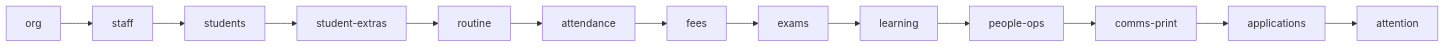
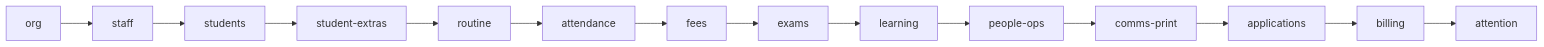
One commit to tareq89/biddaloy changed the second of 7 diagrams in docs/architecture/22-demo-seed.md. Above: the diagram before and after it, drawn with Mermaid. The commit also changed other lines of this file and 2 other files, not shown here.

Commit message:
demo-seed billing slice

````diff
--- a/docs/architecture/22-demo-seed.md
+++ b/docs/architecture/22-demo-seed.md
@@ -78,4 +78,4 @@
 ```mermaid
 flowchart LR
-  org --> staff --> students --> student-extras --> routine --> attendance --> fees --> exams --> learning --> people-ops --> comms-print --> applications --> attention
+  org --> staff --> students --> student-extras --> routine --> attendance --> fees --> exams --> learning --> people-ops --> comms-print --> applications --> billing --> attention
 ```
````
